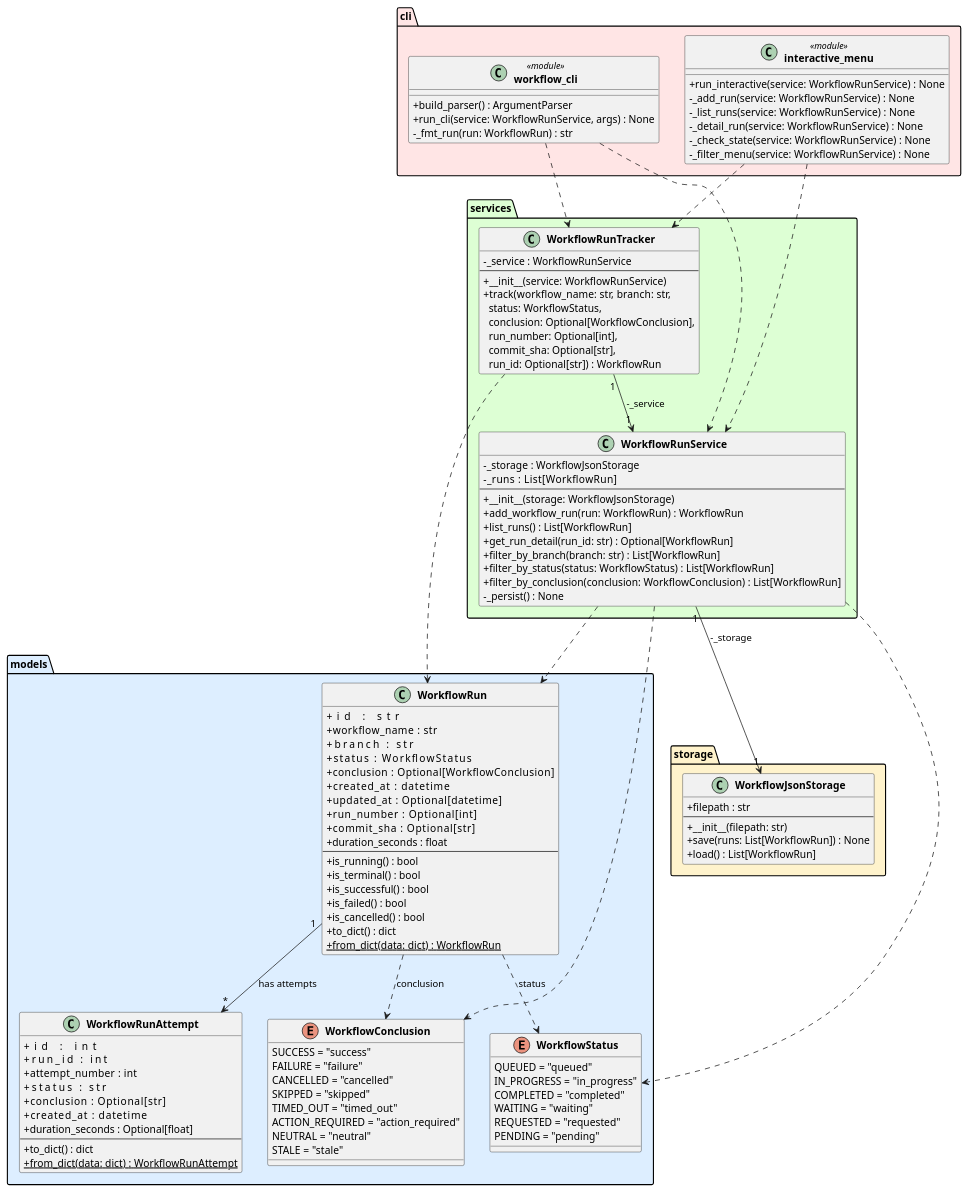
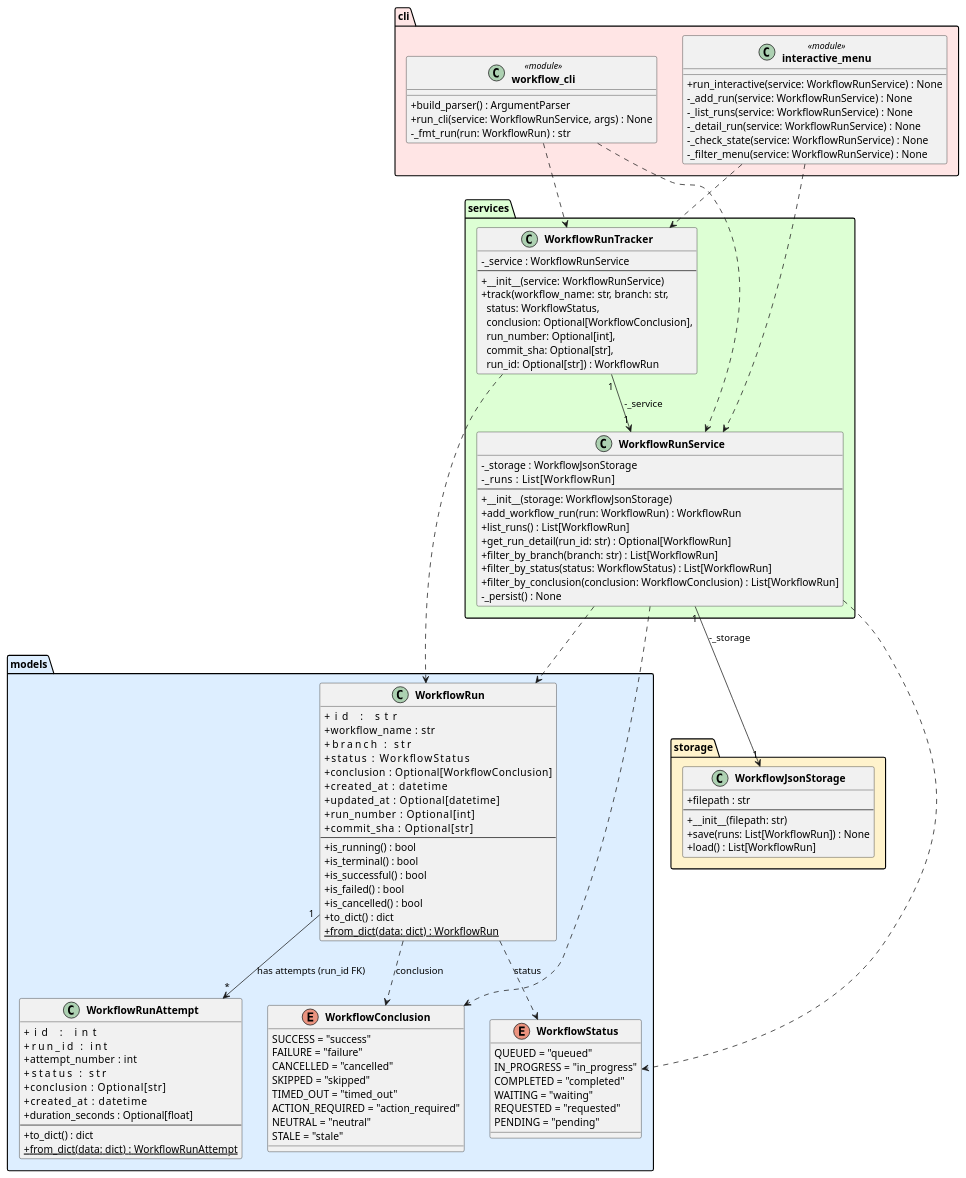
The diagram in experiments/broadcast/user_stories/github-workflow-manager/artifacts/class_diagram.puml (DanielRiha8906/Software_autoevolution_using_agents), drawn with PlantUML before and after one commit. The commit also changed 1 other file, not shown here.

Commit message:
task 03: fix class diagram and complete documentation
- Remove incorrect duration_seconds from WorkflowRun (belongs only to WorkflowRunAttempt)
- Enhance relationship label to show (run_id FK) for clarity
- Complete progress.md documentation with Task 03 results

```diff
--- a/experiments/broadcast/user_stories/github-workflow-manager/artifacts/class_diagram.puml
+++ b/experiments/broadcast/user_stories/github-workflow-manager/artifacts/class_diagram.puml
@@ -1,126 +1,125 @@
 @startuml class_diagram
 
 skinparam classAttributeIconSize 0
 skinparam classFontStyle bold
 
 package "models" #DDEEFF {
     enum WorkflowStatus {
         QUEUED = "queued"
         IN_PROGRESS = "in_progress"
         COMPLETED = "completed"
         WAITING = "waiting"
         REQUESTED = "requested"
         PENDING = "pending"
     }
 
     enum WorkflowConclusion {
         SUCCESS = "success"
         FAILURE = "failure"
         CANCELLED = "cancelled"
         SKIPPED = "skipped"
         TIMED_OUT = "timed_out"
         ACTION_REQUIRED = "action_required"
         NEUTRAL = "neutral"
         STALE = "stale"
     }
 
     class WorkflowRun {
         +id               : str
         +workflow_name    : str
         +branch           : str
         +status           : WorkflowStatus
         +conclusion       : Optional[WorkflowConclusion]
         +created_at       : datetime
         +updated_at       : Optional[datetime]
         +run_number       : Optional[int]
         +commit_sha       : Optional[str]
-        +duration_seconds : float
         --
         +is_running() : bool
         +is_terminal() : bool
         +is_successful() : bool
         +is_failed() : bool
         +is_cancelled() : bool
         +to_dict() : dict
         +{static} from_dict(data: dict) : WorkflowRun
     }
 
     class WorkflowRunAttempt {
         +id               : int
         +run_id           : int
         +attempt_number   : int
         +status           : str
         +conclusion       : Optional[str]
         +created_at       : datetime
         +duration_seconds : Optional[float]
         --
         +to_dict() : dict
         +{static} from_dict(data: dict) : WorkflowRunAttempt
     }
 }
 
 package "storage" #FFF3CC {
     class WorkflowJsonStorage {
         +filepath : str
         --
         +__init__(filepath: str)
         +save(runs: List[WorkflowRun]) : None
         +load() : List[WorkflowRun]
     }
 }
 
 package "services" #DDFFD4 {
     class WorkflowRunService {
         -_storage : WorkflowJsonStorage
         -_runs    : List[WorkflowRun]
         --
         +__init__(storage: WorkflowJsonStorage)
         +add_workflow_run(run: WorkflowRun) : WorkflowRun
         +list_runs() : List[WorkflowRun]
         +get_run_detail(run_id: str) : Optional[WorkflowRun]
         +filter_by_branch(branch: str) : List[WorkflowRun]
         +filter_by_status(status: WorkflowStatus) : List[WorkflowRun]
         +filter_by_conclusion(conclusion: WorkflowConclusion) : List[WorkflowRun]
         -_persist() : None
     }
 
     class WorkflowRunTracker {
         -_service : WorkflowRunService
         --
         +__init__(service: WorkflowRunService)
         +track(workflow_name: str, branch: str,\n  status: WorkflowStatus,\n  conclusion: Optional[WorkflowConclusion],\n  run_number: Optional[int],\n  commit_sha: Optional[str],\n  run_id: Optional[str]) : WorkflowRun
     }
 }
 
 package "cli" #FFE5E5 {
     class "workflow_cli" <<module>> {
         +build_parser() : ArgumentParser
         +run_cli(service: WorkflowRunService, args) : None
         -_fmt_run(run: WorkflowRun) : str
     }
 
     class "interactive_menu" <<module>> {
         +run_interactive(service: WorkflowRunService) : None
         -_add_run(service: WorkflowRunService) : None
         -_list_runs(service: WorkflowRunService) : None
         -_detail_run(service: WorkflowRunService) : None
         -_check_state(service: WorkflowRunService) : None
         -_filter_menu(service: WorkflowRunService) : None
     }
 }
 
 WorkflowRun                ..>  WorkflowStatus        : status
 WorkflowRun                ..>  WorkflowConclusion    : conclusion
-WorkflowRun            "1" --> "*" WorkflowRunAttempt   : has attempts
+WorkflowRun            "1" --> "*" WorkflowRunAttempt   : has attempts (run_id FK)
 WorkflowRunService    "1" --> "1" WorkflowJsonStorage : -_storage
 WorkflowRunService         ..>  WorkflowRun
 WorkflowRunService         ..>  WorkflowStatus
 WorkflowRunService         ..>  WorkflowConclusion
 WorkflowRunTracker    "1" --> "1" WorkflowRunService  : -_service
 WorkflowRunTracker         ..>  WorkflowRun
 "workflow_cli"             ..>  WorkflowRunService
 "workflow_cli"             ..>  WorkflowRunTracker
 "interactive_menu"         ..>  WorkflowRunService
 "interactive_menu"         ..>  WorkflowRunTracker
 
 @enduml
```
